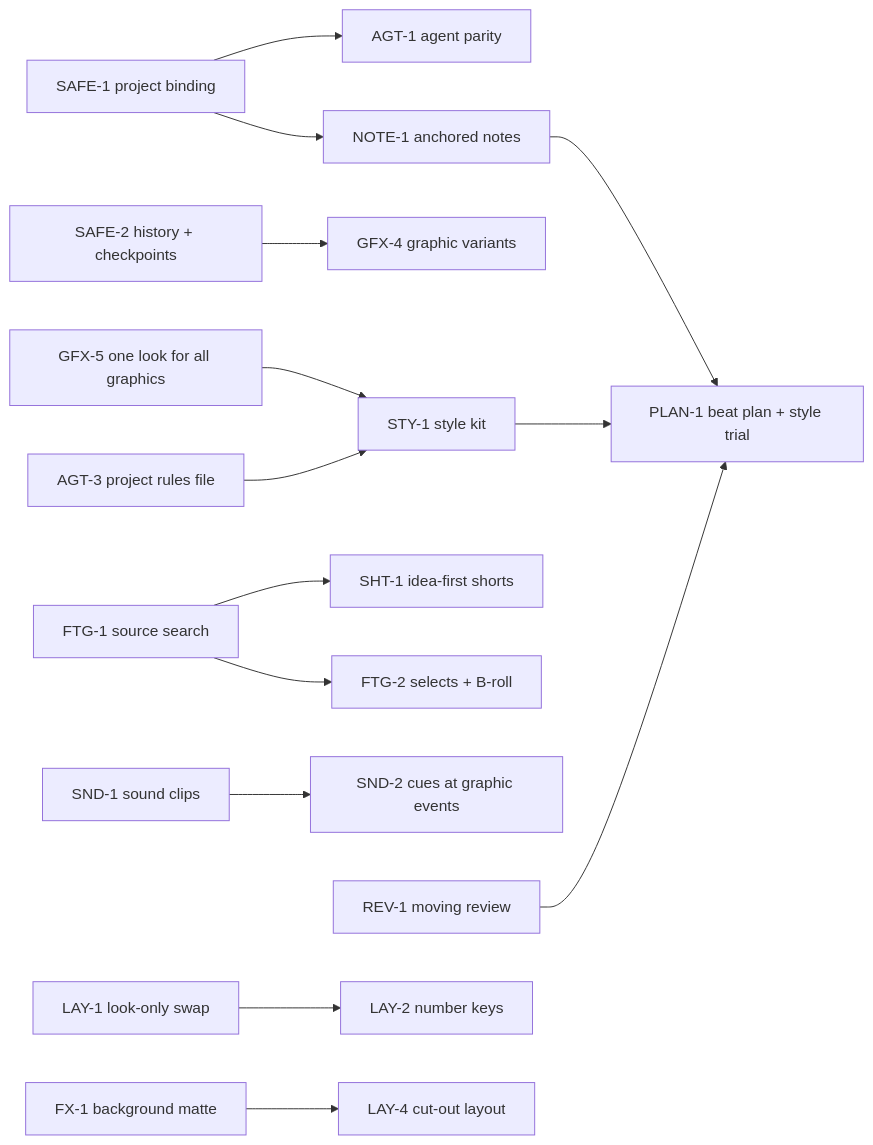
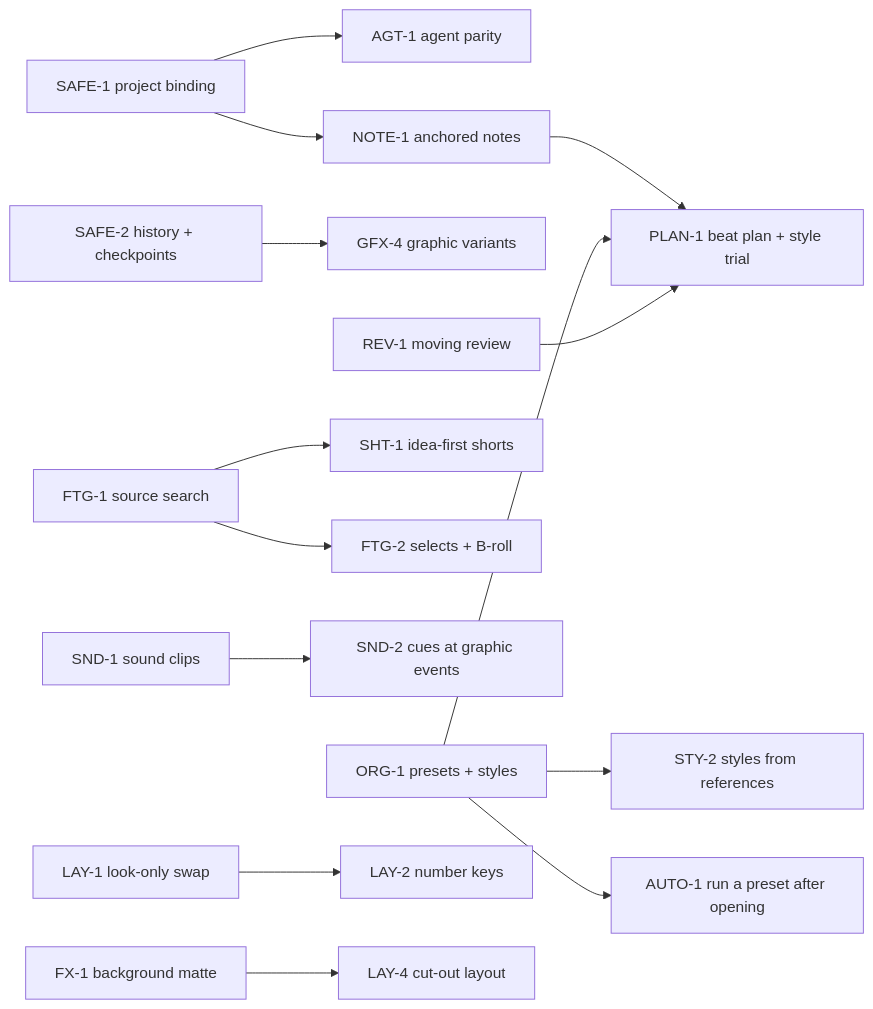
The diagram in docs/roadmap.md (CreaperLost/Automated-Editor), drawn with Mermaid before and after one commit. The commit also changed other lines of this file and 3 other files, not shown here.

First line of the commit message:
Plan presets and styles (ORG-1); roadmap reordered around it

````diff
--- a/docs/roadmap.md
+++ b/docs/roadmap.md
@@ -27,16 +28,16 @@
 ```mermaid
 flowchart LR
     SAFE1[SAFE-1 project binding] --> AGT1[AGT-1 agent parity]
     SAFE1 --> NOTE1[NOTE-1 anchored notes]
     SAFE2[SAFE-2 history + checkpoints] --> GFX4[GFX-4 graphic variants]
     NOTE1 --> PLAN1[PLAN-1 beat plan + style trial]
-    GFX5[GFX-5 one look for all graphics] --> STY1
-    AGT3[AGT-3 project rules file] --> STY1[STY-1 style kit]
-    STY1 --> PLAN1
+    ORG1[ORG-1 presets + styles] --> PLAN1
+    ORG1 --> STY2[STY-2 styles from references]
+    ORG1 --> AUTO1[AUTO-1 run a preset after opening]
     FTG1[FTG-1 source search] --> SHT1[SHT-1 idea-first shorts]
     FTG1 --> FTG2[FTG-2 selects + B-roll]
     SND1[SND-1 sound clips] --> SND2[SND-2 cues at graphic events]
     REV1[REV-1 moving review] --> PLAN1
     LAY1[LAY-1 look-only swap] --> LAY2[LAY-2 number keys]
     FX1[FX-1 background matte] --> LAY4[LAY-4 cut-out layout]
 ```
````
